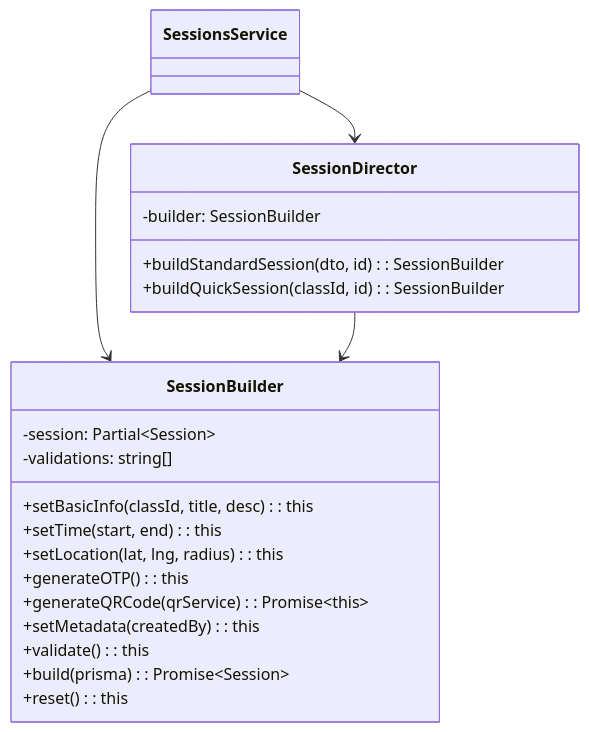
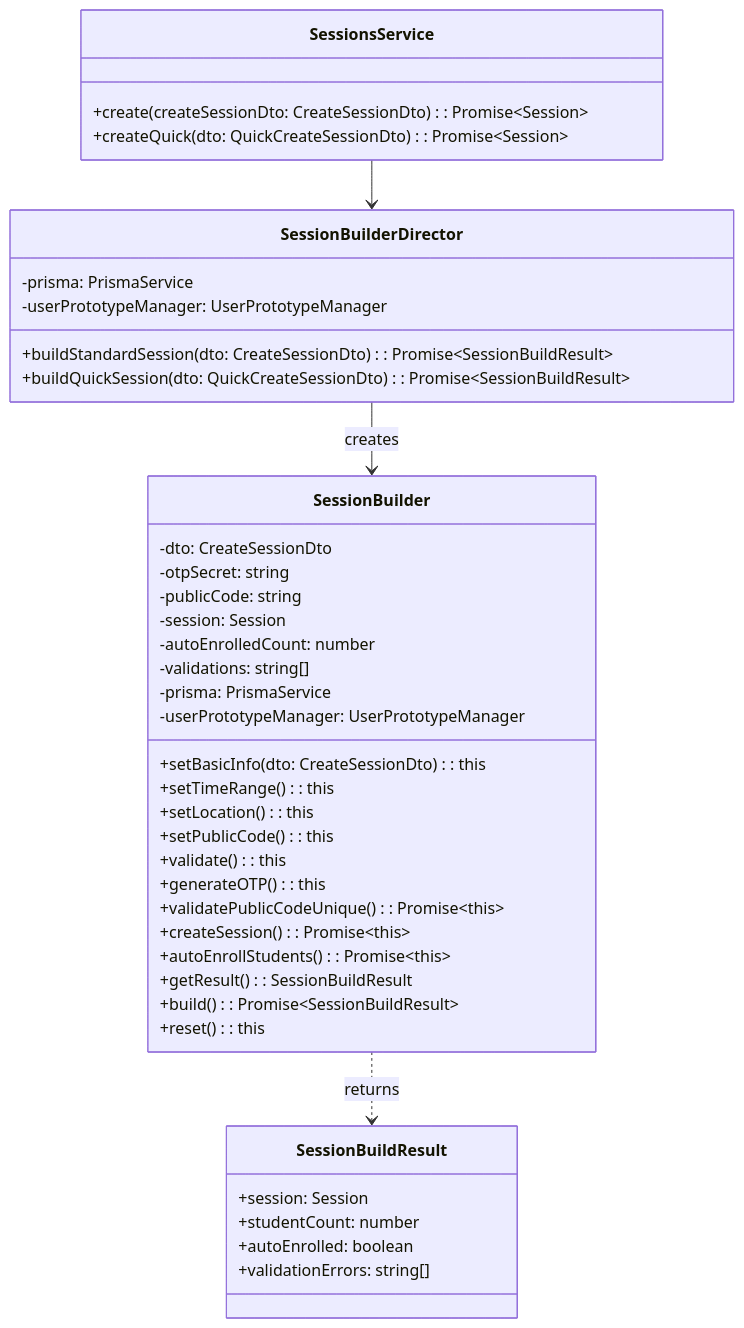
Before and after one commit to iannwendy/QRAttendanceCheckin: the diagram in docs/DesignPatterns/04-BUILDER.md, drawn with Mermaid. The commit also changed other lines of this file and 9 other files, not shown here.

````diff
--- a/docs/DesignPatterns/04-BUILDER.md
+++ b/docs/DesignPatterns/04-BUILDER.md
@@ -325,26 +446,49 @@
 ```mermaid
 classDiagram
     class SessionBuilder {
-        -session: Partial~Session~
+        -dto: CreateSessionDto
+        -otpSecret: string
+        -publicCode: string
+        -session: Session
+        -autoEnrolledCount: number
         -validations: string[]
-        +setBasicInfo(classId, title, desc): this
-        +setTime(start, end): this
-        +setLocation(lat, lng, radius): this
+        -prisma: PrismaService
+        -userPrototypeManager: UserPrototypeManager
+        +setBasicInfo(dto: CreateSessionDto): this
+        +setTimeRange(): this
+        +setLocation(): this
+        +setPublicCode(): this
+        +validate(): this
         +generateOTP(): this
-        +generateQRCode(qrService): Promise~this~
-        +setMetadata(createdBy): this
-        +validate(): this
-        +build(prisma): Promise~Session~
+        +validatePublicCodeUnique(): Promise~this~
+        +createSession(): Promise~this~
+        +autoEnrollStudents(): Promise~this~
+        +getResult(): SessionBuildResult
+        +build(): Promise~SessionBuildResult~
         +reset(): this
     }
-    
-    class SessionDirector {
-        -builder: SessionBuilder
-        +buildStandardSession(dto, id): SessionBuilder
-        +buildQuickSession(classId, id): SessionBuilder
+
+    class SessionBuilderDirector {
+        -prisma: PrismaService
+        -userPrototypeManager: UserPrototypeManager
+        +buildStandardSession(dto: CreateSessionDto): Promise~SessionBuildResult~
+        +buildQuickSession(dto: QuickCreateSessionDto): Promise~SessionBuildResult~
     }
-    
-    SessionsService --> SessionBuilder
-    SessionsService --> SessionDirector
-    SessionDirector --> SessionBuilder
+
+    class SessionsService {
+        +create(createSessionDto: CreateSessionDto): Promise~Session~
+        +createQuick(dto: QuickCreateSessionDto): Promise~Session~
+    }
+
+    SessionsService --> SessionBuilderDirector
+    SessionBuilderDirector --> SessionBuilder : creates
+
+    class SessionBuildResult {
+        +session: Session
+        +studentCount: number
+        +autoEnrolled: boolean
+        +validationErrors: string[]
+    }
+
+    SessionBuilder ..> SessionBuildResult : returns
 ```
````
